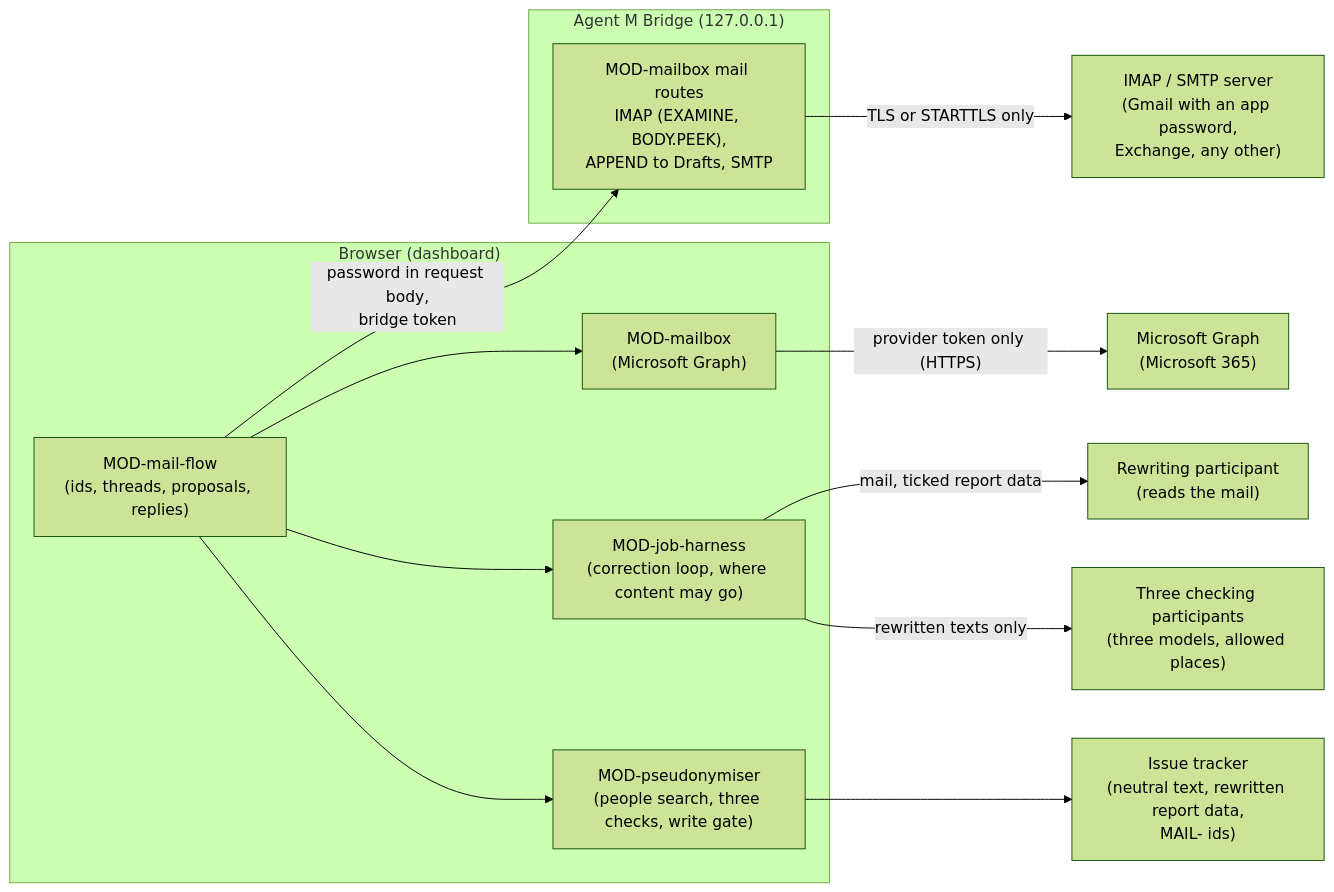
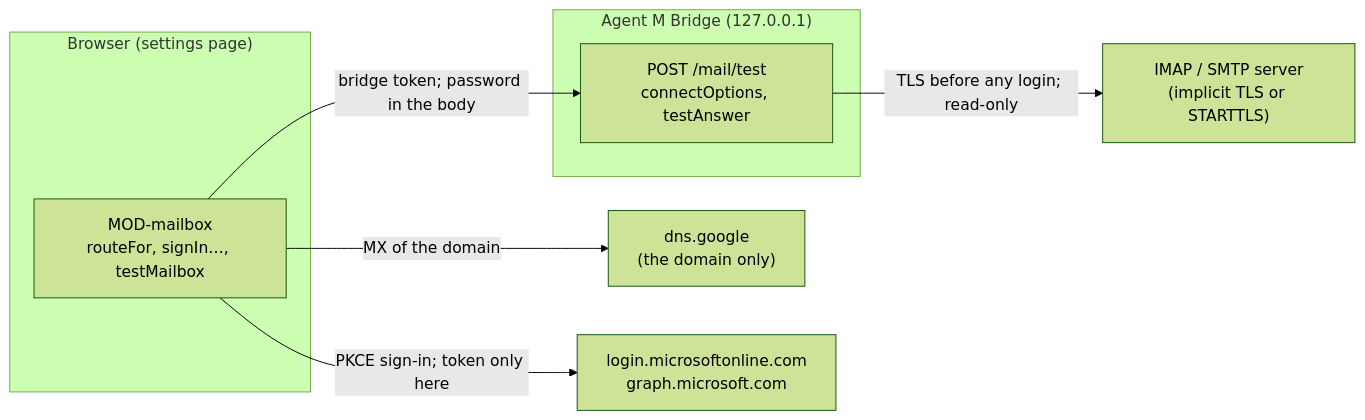
Before and after one commit to akmaier/agent-m: the diagram in docs/architecture/ARC-014-two-mail-routes-and-pseudonymisation.md, drawn with Mermaid (forest theme). The commit also changed other lines of this file and 11 other files, not shown here.

````diff
--- a/docs/architecture/ARC-014-two-mail-routes-and-pseudonymisation.md
+++ b/docs/architecture/ARC-014-two-mail-routes-and-pseudonymisation.md
@@ -70,23 +60,15 @@
 ```mermaid
 flowchart LR
-    subgraph BROWSER["Browser (dashboard)"]
-        FLOW["MOD-mail-flow<br/>(ids, threads, proposals, replies)"]
-        PS["MOD-pseudonymiser<br/>(people search, three checks, write gate)"]
-        JH["MOD-job-harness<br/>(correction loop, where content may go)"]
-        API["MOD-mailbox<br/>(Microsoft Graph)"]
+    subgraph BROWSER["Browser (settings page)"]
+        MB["MOD-mailbox<br/>routeFor, signIn…, testMailbox"]
     end
     subgraph BR["Agent M Bridge (127.0.0.1)"]
-        BM["MOD-mailbox mail routes<br/>IMAP (EXAMINE, BODY.PEEK),<br/>APPEND to Drafts, SMTP"]
+        H["POST /mail/test<br/>connectOptions, testAnswer"]
     end
-    G["Microsoft Graph<br/>(Microsoft 365)"]
-    S["IMAP / SMTP server<br/>(Gmail with an app password,<br/>Exchange, any other)"]
-    RW["Rewriting participant<br/>(reads the mail)"]
-    CK["Three checking participants<br/>(three models, allowed places)"]
-    IT["Issue tracker<br/>(neutral text, rewritten report data,<br/>MAIL- ids)"]
-    FLOW --> API -->|"provider token only (HTTPS)"| G
-    FLOW -->|"password in request body,<br/>bridge token"| BM -->|"TLS or STARTTLS only"| S
-    FLOW --> JH
-    JH -->|"mail, ticked report data"| RW
-    JH -->|"rewritten texts only"| CK
-    FLOW --> PS --> IT
+    DNS["dns.google<br/>(the domain only)"]
+    MS["login.microsoftonline.com<br/>graph.microsoft.com"]
+    S["IMAP / SMTP server<br/>(implicit TLS or STARTTLS)"]
+    MB -->|"MX of the domain"| DNS
+    MB -->|"PKCE sign-in; token only here"| MS
+    MB -->|"bridge token; password in the body"| H -->|"TLS before any login; read-only"| S
 ```
````
